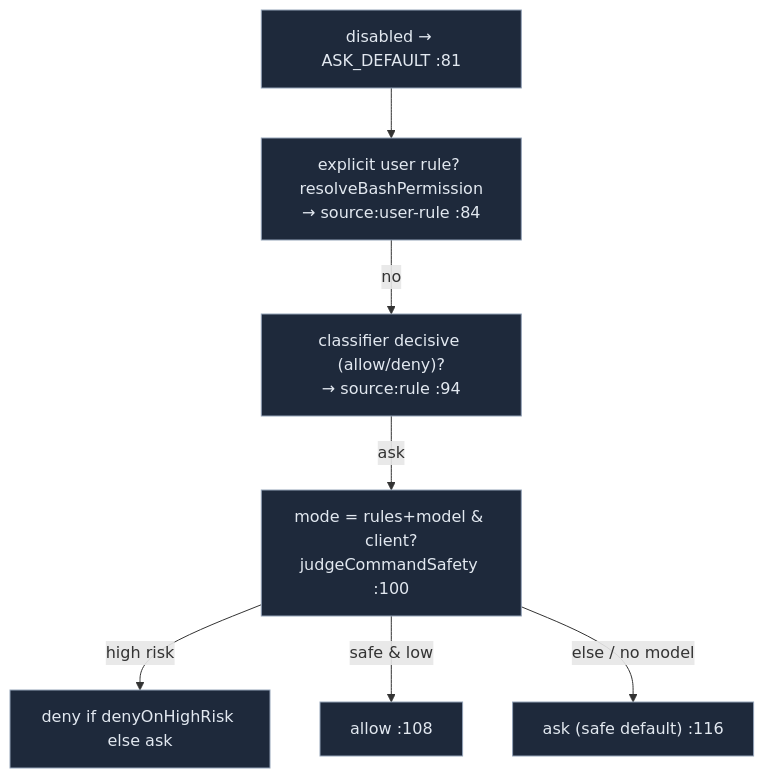
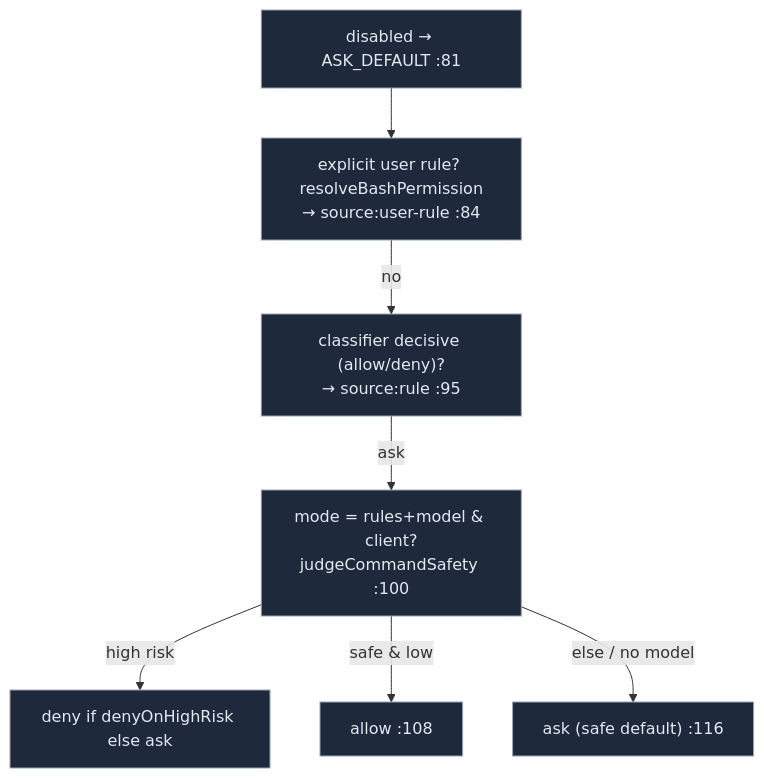
Before and after one commit to MaxQian888/cognia-next: the third of 3 diagrams in docs/content/docs/en/chat/built-in-agent/permissions.mdx, drawn with Mermaid. The commit also changed other lines of this file and 17 other files, not shown here.

````diff
--- a/docs/content/docs/en/chat/built-in-agent/permissions.mdx
+++ b/docs/content/docs/en/chat/built-in-agent/permissions.mdx
@@ -123,12 +123,12 @@
 ```mermaid
 flowchart TB
   D0["disabled → ASK_DEFAULT :81"] --> D1
   D1["explicit user rule? resolveBashPermission<br/>→ source:user-rule :84"] -->|no| D2
-  D2["classifier decisive (allow/deny)?<br/>→ source:rule :94"] -->|ask| D3
+  D2["classifier decisive (allow/deny)?<br/>→ source:rule :95"] -->|ask| D3
   D3["mode = rules+model & client?<br/>judgeCommandSafety :100"] -->|high risk| DENY["deny if denyOnHighRisk else ask"]
   D3 -->|safe & low| ALLOW["allow :108"]
   D3 -->|else / no model| ASK["ask (safe default) :116"]
 
   classDef n fill:#1e293b,stroke:#94a3b8,color:#e2e8f0
   class D0,D1,D2,D3,DENY,ALLOW,ASK n
 ```
````
